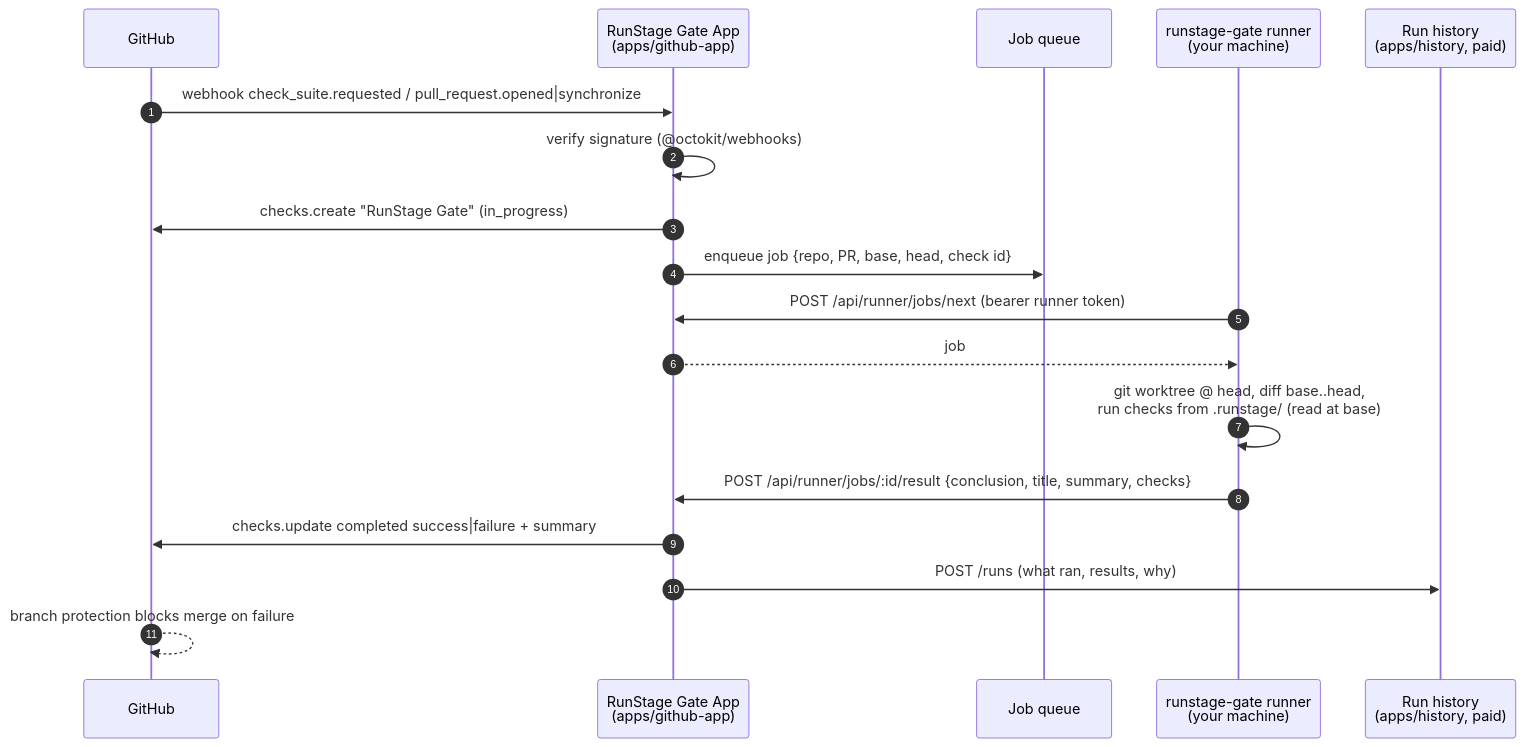
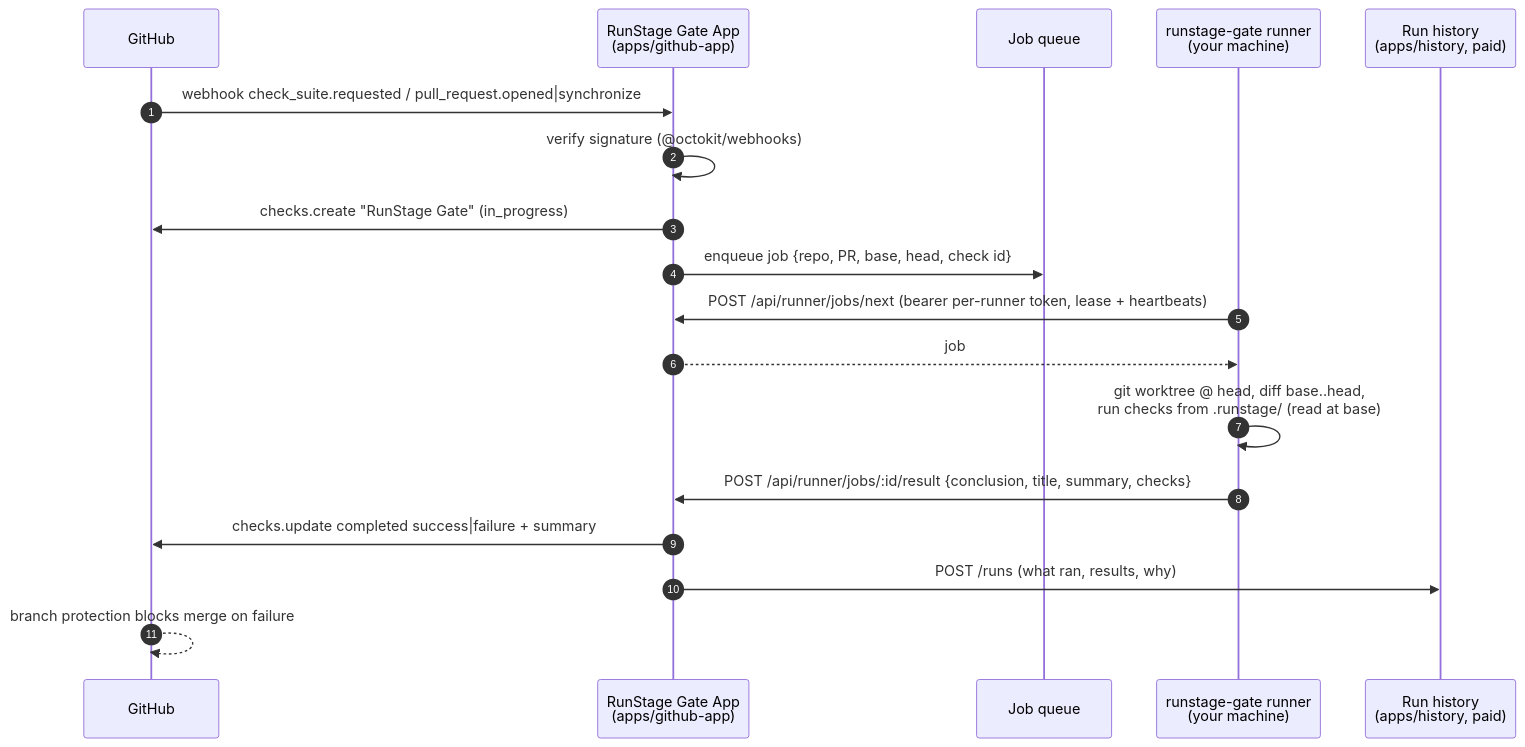
One commit to cbursasiu/runstage-gate changed the first of 2 diagrams in README.md. Above: the diagram before and after it, drawn with Mermaid. The commit also changed other lines of this file and 3 other files, not shown here.

Commit message:
docs: per-runner tokens, durable queue and migration

````diff
--- a/README.md
+++ b/README.md
@@ -27,21 +27,21 @@
 ```mermaid
 sequenceDiagram
     autonumber
     participant GH as GitHub
     participant App as RunStage Gate App<br/>(apps/github-app)
     participant Q as Job queue
     participant R as runstage-gate runner<br/>(your machine)
     participant H as Run history<br/>(apps/history, paid)
 
     GH->>App: webhook check_suite.requested / pull_request.opened|synchronize
     App->>App: verify signature (@octokit/webhooks)
     App->>GH: checks.create "RunStage Gate" (in_progress)
     App->>Q: enqueue job {repo, PR, base, head, check id}
-    R->>App: POST /api/runner/jobs/next (bearer runner token)
+    R->>App: POST /api/runner/jobs/next (bearer per-runner token, lease + heartbeats)
     App-->>R: job
     R->>R: git worktree @ head, diff base..head,<br/>run checks from .runstage/ (read at base)
     R->>App: POST /api/runner/jobs/:id/result {conclusion, title, summary, checks}
     App->>GH: checks.update completed success|failure + summary
     App->>H: POST /runs (what ran, results, why)
     GH-->>GH: branch protection blocks merge on failure
 ```
````
